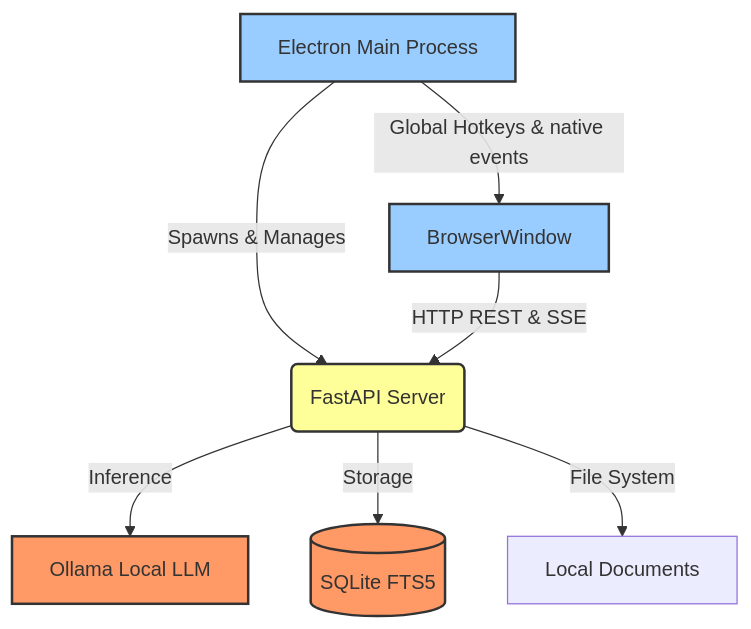
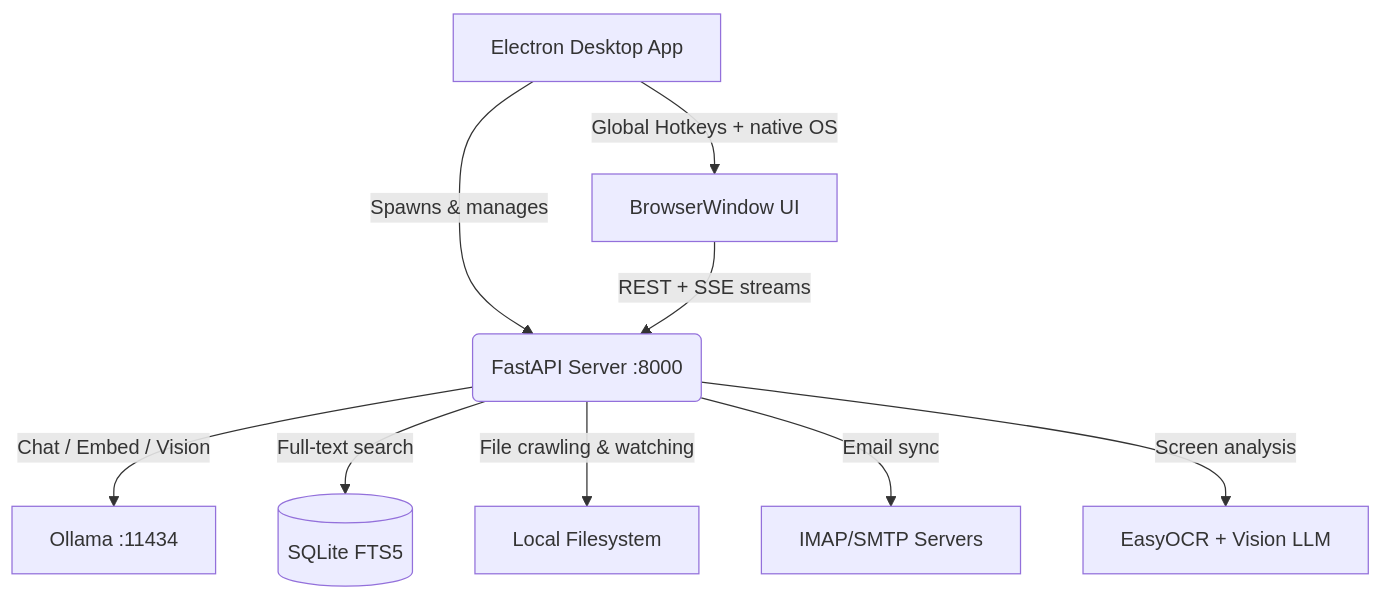
The diagram in README.md (PakshalGada/palimind), drawn with Mermaid before and after one commit. The commit also changed other lines of this file and 3 other files, not shown here.

````diff
--- a/README.md
+++ b/README.md
@@ -28,17 +42,11 @@
 ```mermaid
 graph TD
-    A[Electron Main Process] -->|Spawns & Manages| B(FastAPI Server)
-    A -->|Global Hotkeys & native events| C[BrowserWindow]
-    C -->|HTTP REST & SSE| B
-    B -->|Inference| D[Ollama Local LLM]
-    B -->|Storage| E[(SQLite FTS5)]
-    B -->|File System| F[Local Documents]
-
-    classDef electron fill:#9cf,stroke:#333,stroke-width:2px;
-    classDef python fill:#ff9,stroke:#333,stroke-width:2px;
-    classDef db fill:#f96,stroke:#333,stroke-width:2px;
-
-    class A,C electron;
-    class B python;
-    class D,E db;
+    A[Electron Desktop App] -->|Spawns & manages| B(FastAPI Server :8000)
+    A -->|Global Hotkeys + native OS| C[BrowserWindow UI]
+    C -->|REST + SSE streams| B
+    B -->|Chat / Embed / Vision| D[Ollama :11434]
+    B -->|Full-text search| E[(SQLite FTS5)]
+    B -->|File crawling & watching| F[Local Filesystem]
+    B -->|Email sync| G[IMAP/SMTP Servers]
+    B -->|Screen analysis| H[EasyOCR + Vision LLM]
 ```
````
